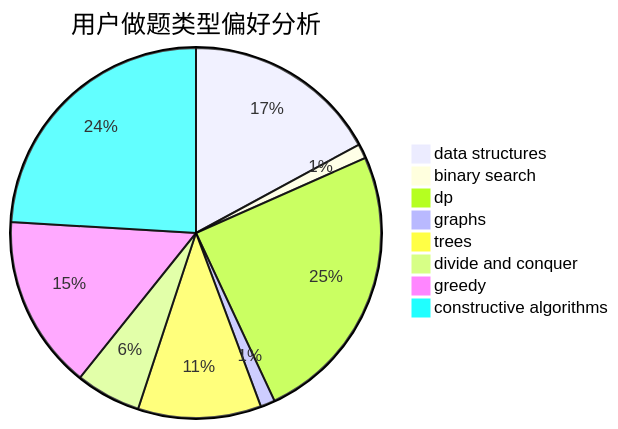
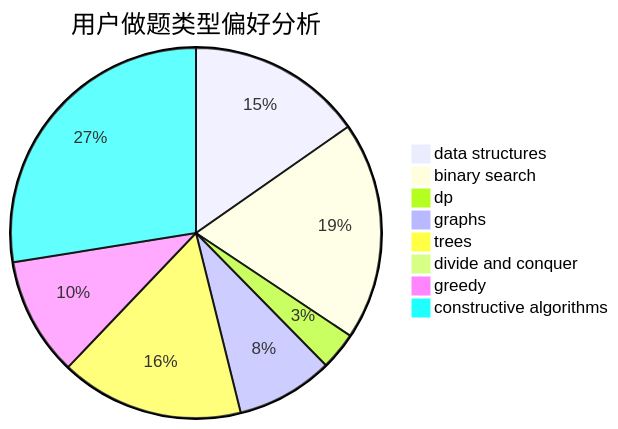
The second of 3 diagrams in docs/user/u1355.md (sherpahu/cfrs.github.io), drawn with Mermaid before and after one commit. The commit also changed other lines of this file and 2770 other files, not shown here.

````diff
--- a/docs/user/u1355.md
+++ b/docs/user/u1355.md
@@ -23,11 +23,11 @@
 ```mermaid
 pie title 用户做题类型偏好分析
-    "data structures" :  27
-    "binary search" :  2
-    "dp" :  39
-    "graphs" :  2
-    "trees" :  17
-    "divide and conquer" :  9
-    "greedy" :  24
-    "constructive algorithms" :  38
+    "data structures" :  65
+    "binary search" :  81
+    "dp" :  14
+    "graphs" :  36
+    "trees" :  68
+    "divide and conquer" :  1
+    "greedy" :  44
+    "constructive algorithms" :  117
 ```
````
